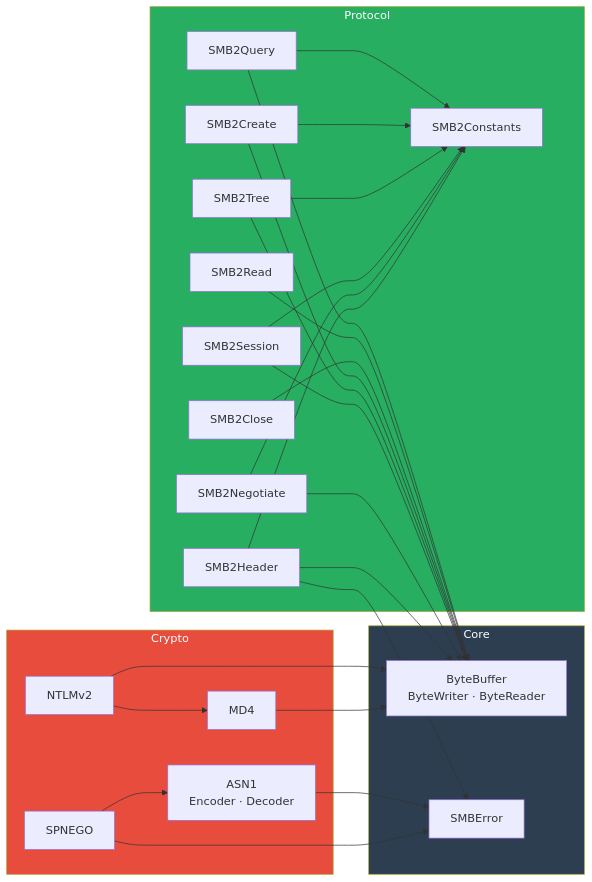
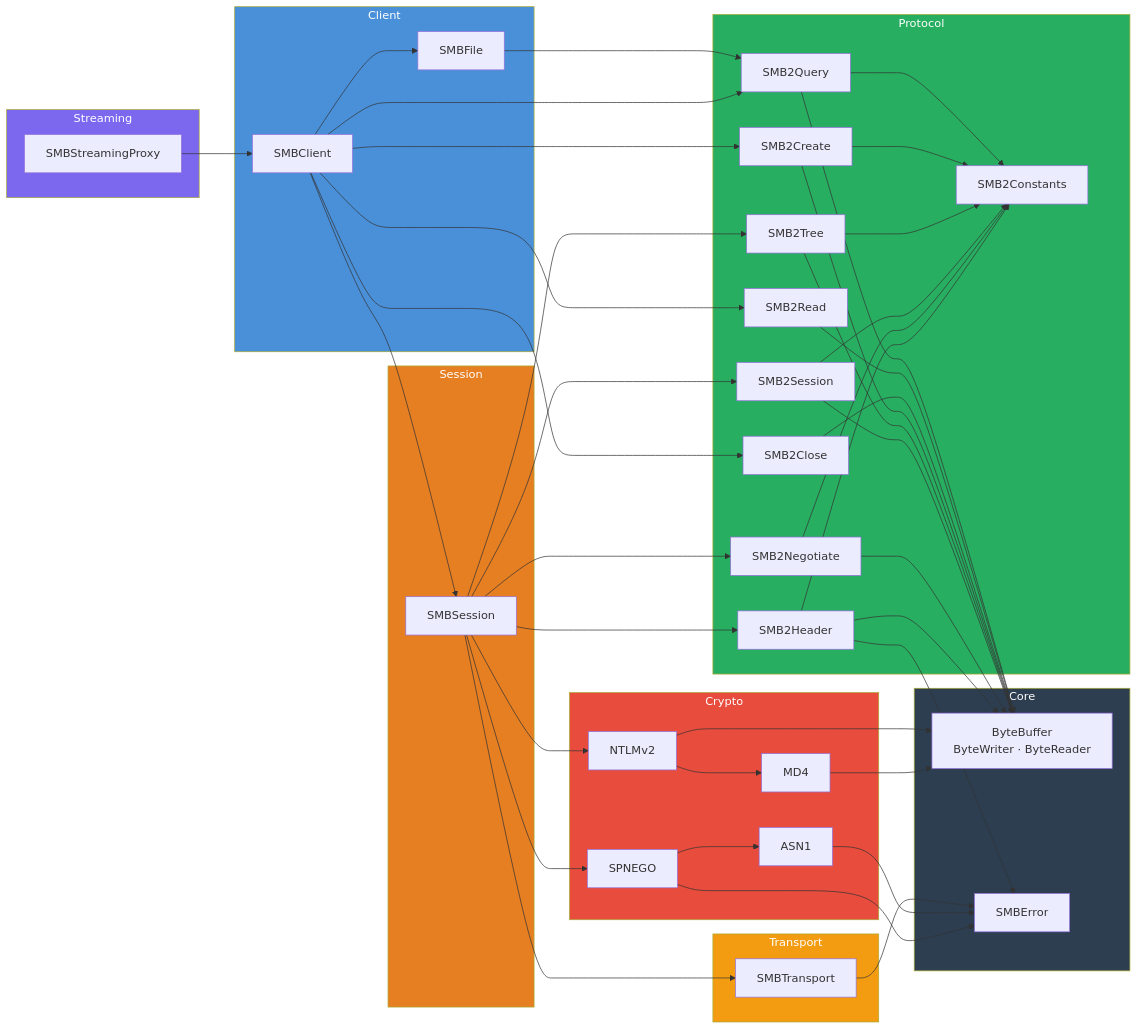
The second of 7 diagrams in README.md (dmplng-bits/SwiftSMB), drawn with Mermaid before and after one commit. The commit also changed other lines of this file and 9 other files, not shown here.

First line of the commit message:
Add transport, session, client, and streaming layers

````diff
--- a/README.md
+++ b/README.md
@@ -67,7 +116,7 @@
     subgraph Crypto
         MD4["MD4"]
         NTLMv2["NTLMv2"]
-        ASN1["ASN1\nEncoder · Decoder"]
+        ASN1["ASN1"]
         SPNEGO["SPNEGO"]
     end
 
@@ -75,12 +124,29 @@
         Constants["SMB2Constants"]
         Header["SMB2Header"]
         Negotiate["SMB2Negotiate"]
-        Session["SMB2Session"]
+        SessionMsg["SMB2Session"]
         Tree["SMB2Tree"]
         Create["SMB2Create"]
         Close["SMB2Close"]
         Read["SMB2Read"]
         Query["SMB2Query"]
+    end
+
+    subgraph Transport
+        SMBTransport["SMBTransport"]
+    end
+
+    subgraph Session
+        SMBSession["SMBSession"]
+    end
+
+    subgraph Client
+        SMBClient["SMBClient"]
+        SMBFile["SMBFile"]
+    end
+
+    subgraph Streaming
+        SMBStreamingProxy["SMBStreamingProxy"]
     end
 
     MD4 --> ByteBuffer
@@ -95,8 +161,8 @@
     Header --> SMBError
     Negotiate --> ByteBuffer
     Negotiate --> Constants
-    Session --> ByteBuffer
-    Session --> Constants
+    SessionMsg --> ByteBuffer
+    SessionMsg --> Constants
     Tree --> ByteBuffer
     Tree --> Constants
     Create --> ByteBuffer
@@ -106,7 +172,30 @@
     Query --> ByteBuffer
     Query --> Constants
 
+    SMBTransport --> SMBError
+    SMBSession --> SMBTransport
+    SMBSession --> Header
+    SMBSession --> Negotiate
+    SMBSession --> SessionMsg
+    SMBSession --> Tree
+    SMBSession --> NTLMv2
+    SMBSession --> SPNEGO
+
+    SMBClient --> SMBSession
+    SMBClient --> Create
+    SMBClient --> Close
+    SMBClient --> Read
+    SMBClient --> Query
+    SMBClient --> SMBFile
+    SMBFile --> Query
+
+    SMBStreamingProxy --> SMBClient
+
     style Core fill:#2C3E50,color:#fff
     style Crypto fill:#E74C3C,color:#fff
     style Protocol fill:#27AE60,color:#fff
+    style Transport fill:#F39C12,color:#fff
+    style Session fill:#E67E22,color:#fff
+    style Client fill:#4A90D9,color:#fff
+    style Streaming fill:#7B68EE,color:#fff
 ```
````
